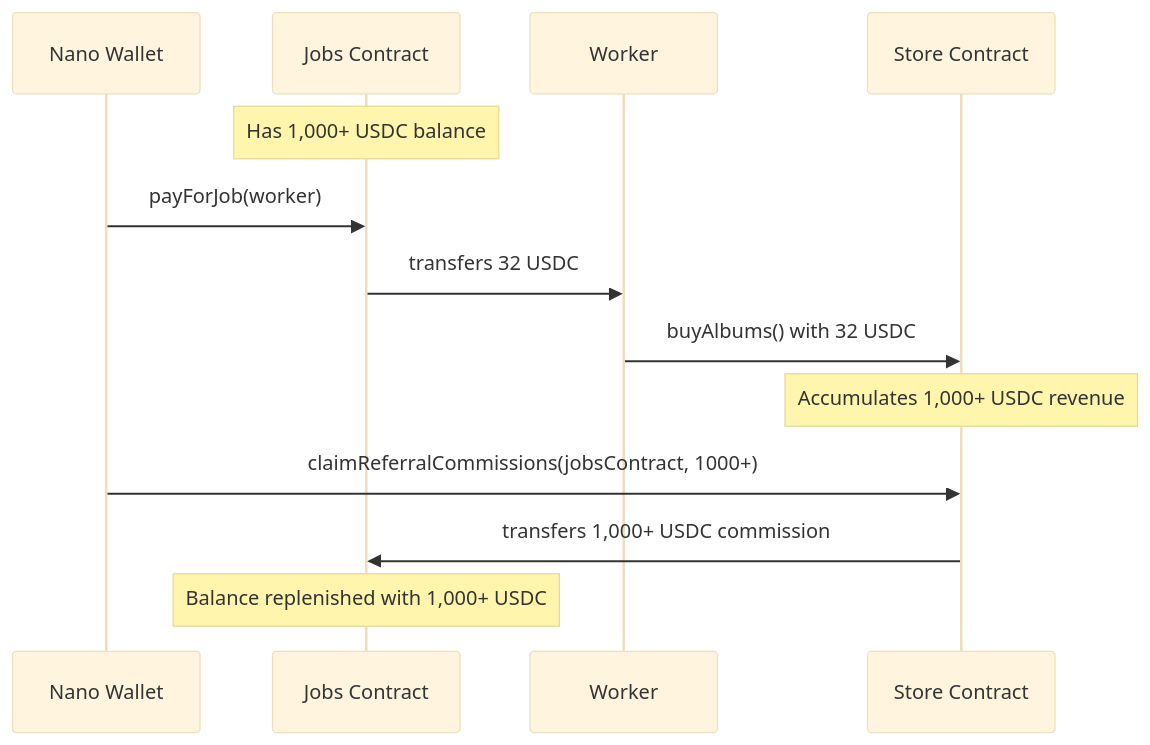
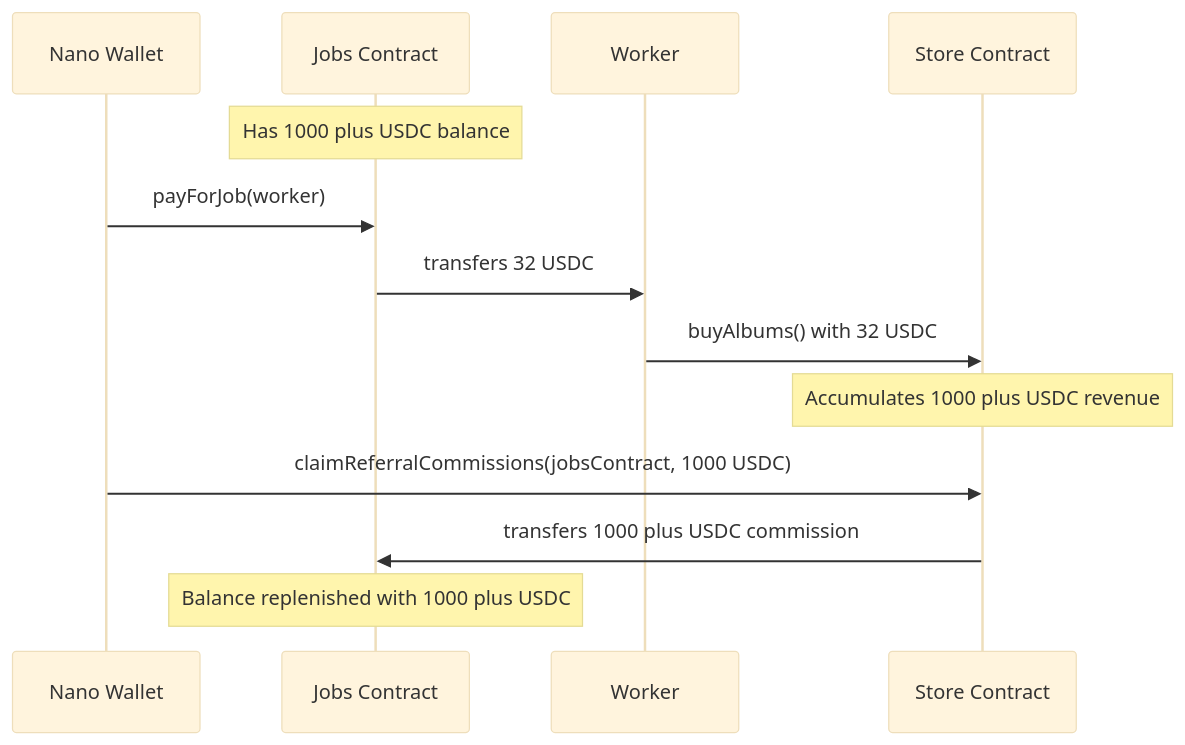
The second of 2 diagrams in SIMPLE_FLOW.md (rowhq/hitmachine), drawn with Mermaid (base theme) before and after one commit. The commit also changed other lines of this file and 7 other files, not shown here.

````diff
--- a/SIMPLE_FLOW.md
+++ b/SIMPLE_FLOW.md
@@ -46,16 +46,16 @@
 ```mermaid
 sequenceDiagram
     participant N as Nano Wallet
     participant J as Jobs Contract
     participant W as Worker
     participant S as Store Contract
     
-    Note over J: Has 1,000+ USDC balance
+    Note over J: Has 1000 plus USDC balance
     N->>J: payForJob(worker)
     J->>W: transfers 32 USDC
     W->>S: buyAlbums() with 32 USDC
-    Note over S: Accumulates 1,000+ USDC revenue
-    N->>S: claimReferralCommissions(jobsContract, 1000+)
-    S->>J: transfers 1,000+ USDC commission
-    Note over J: Balance replenished with 1,000+ USDC
+    Note over S: Accumulates 1000 plus USDC revenue
+    N->>S: claimReferralCommissions(jobsContract, 1000 USDC)
+    S->>J: transfers 1000 plus USDC commission
+    Note over J: Balance replenished with 1000 plus USDC
 ```
````
